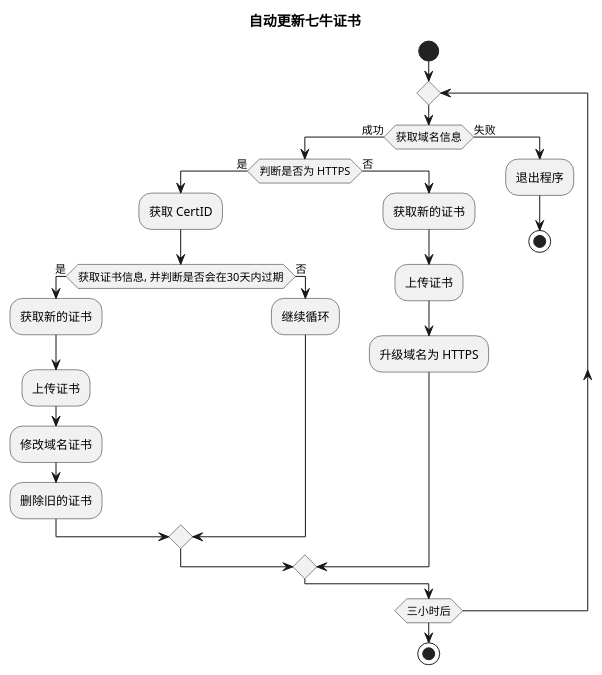
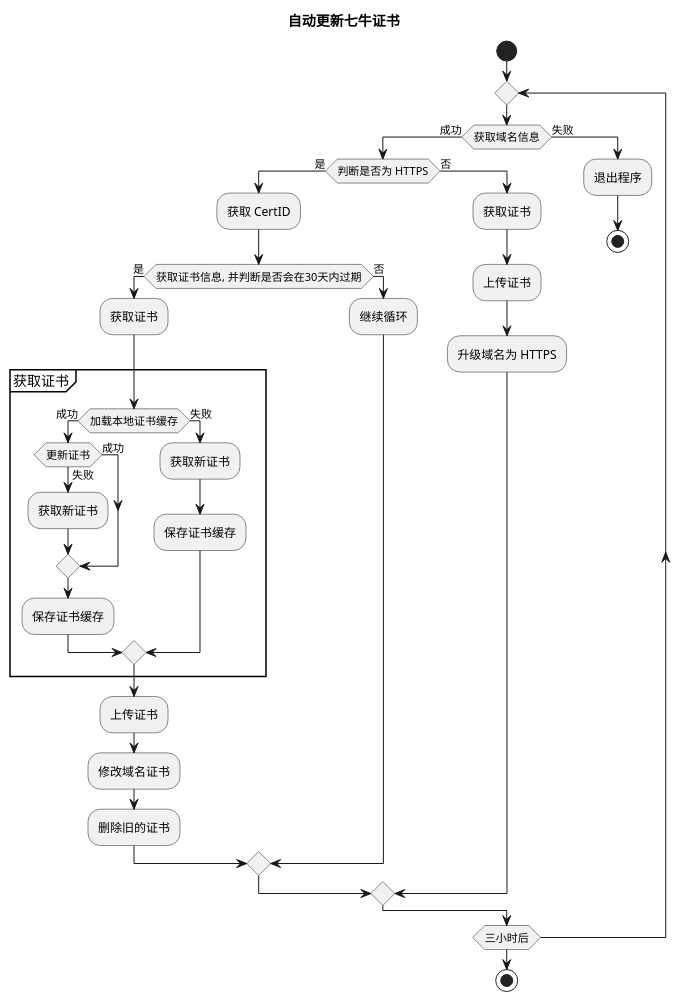
Before and after one commit to tuotoo/qiniu-auto-cert: the diagram in auto-cert.puml, drawn with PlantUML. The commit also changed 1 other file, not shown here.

```diff
--- a/auto-cert.puml
+++ b/auto-cert.puml
@@ -1,29 +1,41 @@
 @startuml
 
 title: 自动更新七牛证书
 start
 repeat
     if (获取域名信息) then (成功)
         if (判断是否为 HTTPS) then (是)
             :获取 CertID;
             if (获取证书信息, 并判断是否会在30天内过期) then (是)
-                :获取新的证书;
+                :获取证书;
+                partition 获取证书 {
+                    if (加载本地证书缓存) then (成功)
+                        if (更新证书) then (失败)
+                            :获取新证书;
+                        else (成功)
+                        endif
+                        :保存证书缓存;
+                    else (失败)
+                        :获取新证书;
+                        :保存证书缓存;
+                    endif
+                }
                 :上传证书;
                 :修改域名证书;
                 :删除旧的证书;
             else (否)
                 :继续循环;
             endif
         else (否)
-            :获取新的证书;
+            :获取证书;
             :上传证书;
             :升级域名为 HTTPS;
         endif
     else (失败)
         :退出程序;
         stop
     endif
 repeat while (三小时后)
 stop
 
 @enduml
```
